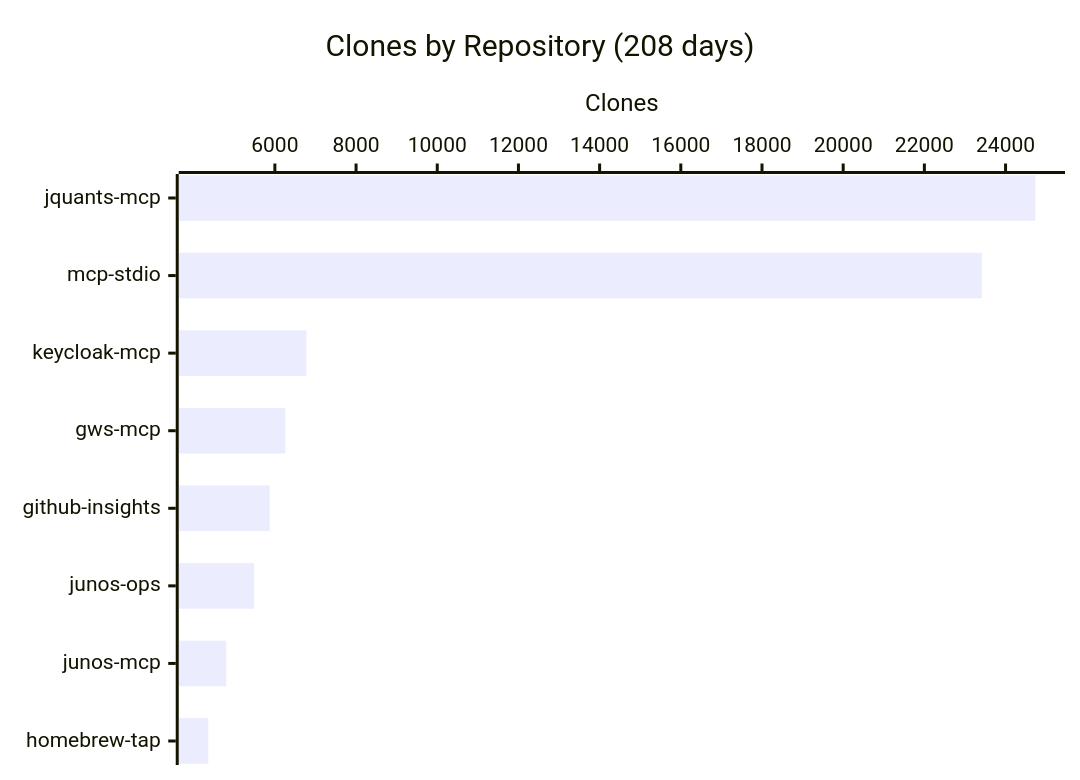
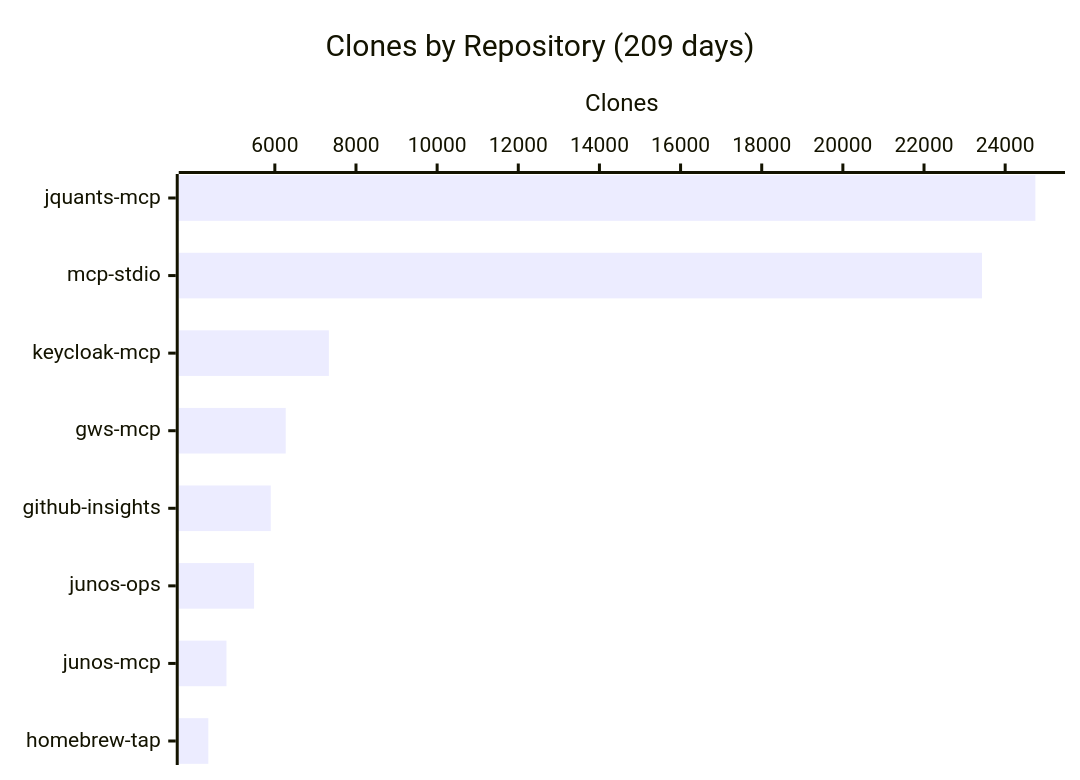
Before and after one commit to shigechika/github-insights: the fourth of 4 diagrams in README.md, drawn with Mermaid. The commit also changed other lines of this file and 2 other files, not shown here.

````diff
--- a/README.md
+++ b/README.md
@@ -58,7 +58,7 @@
 ```mermaid
 xychart-beta horizontal
-    title "Clones by Repository (208 days)"
+    title "Clones by Repository (209 days)"
     x-axis ["jquants-mcp", "mcp-stdio", "keycloak-mcp", "gws-mcp", "github-insights", "junos-ops", "junos-mcp", "homebrew-tap"]
     y-axis "Clones"
-    bar [24735, 23417, 6779, 6257, 5871, 5487, 4800, 4361]
+    bar [24745, 23430, 7332, 6268, 5900, 5488, 4808, 4361]
 ```
````
